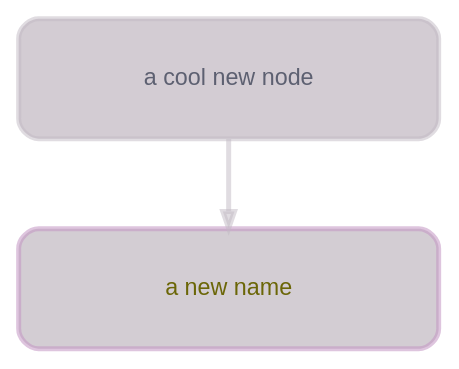
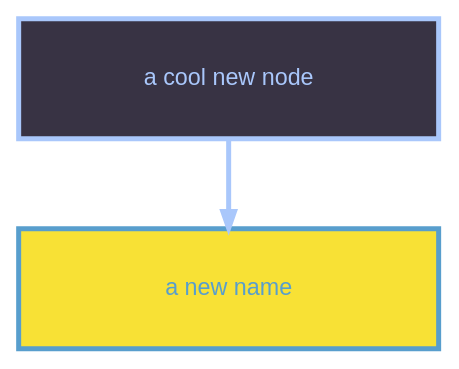
Before and after one commit to stevecooperorg/microdot: the diagram in examples/readme_example_1.presentation.dot, drawn with Graphviz. The commit also changed 6 other files, not shown here.

```diff
--- a/examples/readme_example_1.presentation.dot
+++ b/examples/readme_example_1.presentation.dot
@@ -1,12 +1,12 @@
 digraph {
 
     graph [fontname = "helvetica" rankdir=TB ranksep=0.75 nodesep=0.5];
-    node [fontname = "helvetica" style="filled,rounded" shape=box height=1 width=3.5 penwidth=3];
-    edge [fontname = "helvetica" penwidth=3 color="#c2bac380c3a3"];
+    node [fontname = "helvetica" style="filled" shape=box height=1 width=3.5 penwidth=3];
+    edge [fontname = "helvetica" penwidth=3 color="#A9C7FB"];
 
-    "n0" [label="a cool new node" fillcolor="#c3b9c3b8c2ba" color="#c2bac380c3a3" fontcolor="#5d6071"]
-    "n1" [label="a new name" fillcolor="#c3bac3b9c2bf" color="#c396c38c0e" fontcolor="#6b6607"]
+    "n0" [label="a cool new node" fillcolor="#383344" color="#A9C7FB" fontcolor="#A9C7FB"]
+    "n1" [label="a new name" fillcolor="#F8E135" color="#589ECD" fontcolor="#589ECD"]
 
     "n0" -> "n1";
 
 }
```
